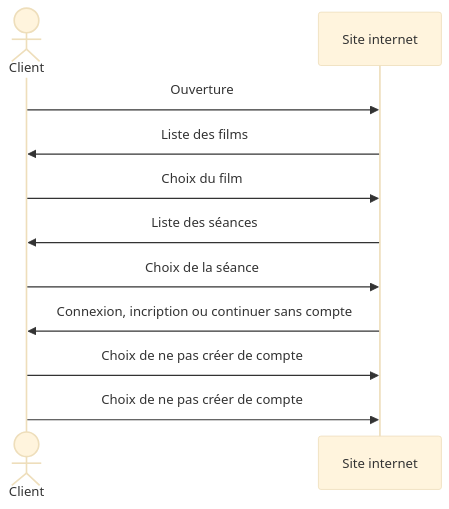
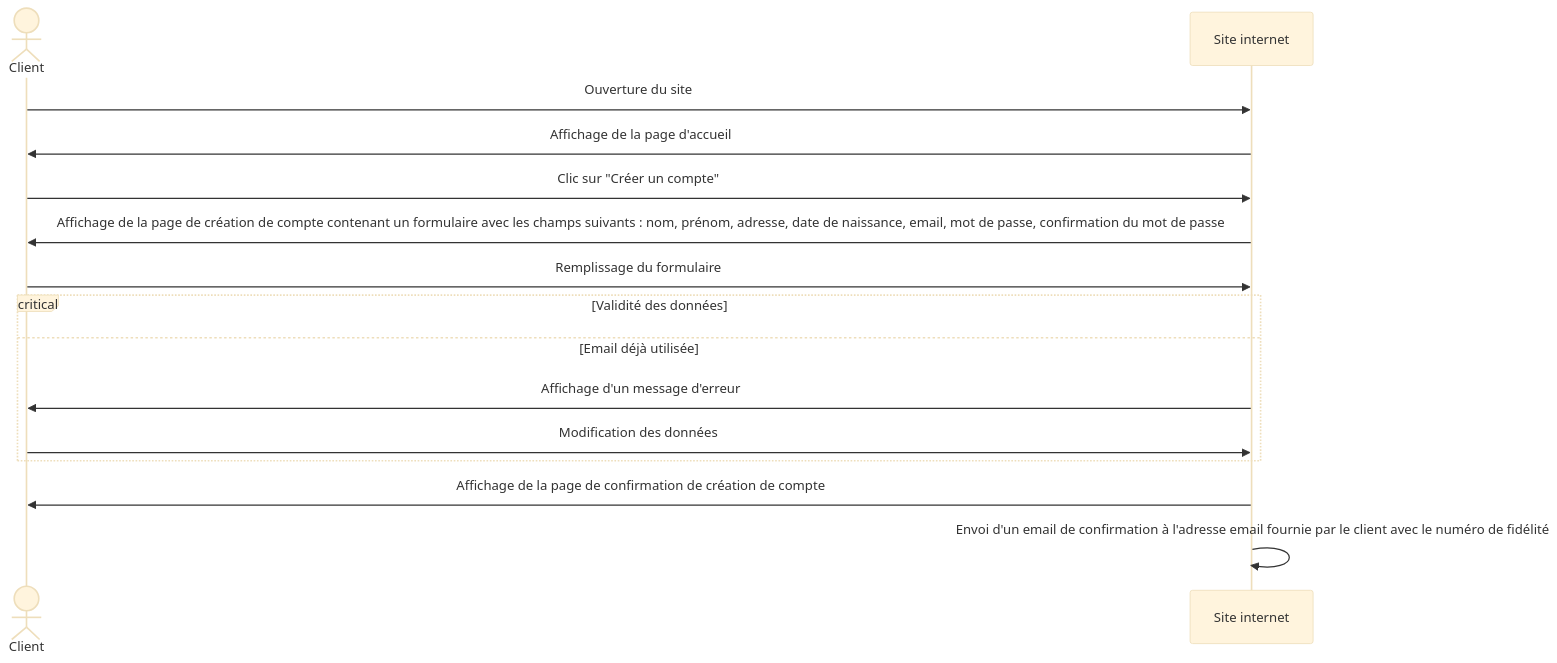
The second of 11 diagrams in Analyse fonctionnelle.md (pixselve-school/OMD-TP1), drawn with Mermaid (base theme) before and after one commit. The commit also changed other lines of this file and 6 other files, not shown here.

````diff
--- a/Analyse fonctionnelle.md
+++ b/Analyse fonctionnelle.md
@@ -36,13 +35,21 @@
 ```mermaid
 sequenceDiagram
 actor Client
-Client ->> Site internet: Ouverture
-Site internet ->> Client: Liste des films
-Client ->> Site internet: Choix du film
-Site internet ->> Client: Liste des séances
-Client ->> Site internet: Choix de la séance
-Site internet ->> Client: Connexion, incription ou continuer sans compte
-Client ->> Site internet: Choix de ne pas créer de compte
+participant Site internet
 
-Client ->> Site internet: Choix de ne pas créer de compte
+Client->>Site internet: Ouverture du site
+Site internet->>Client: Affichage de la page d'accueil
+Client->>Site internet: Clic sur "Créer un compte"
+Site internet->>Client: Affichage de la page de création de compte contenant un formulaire avec les champs suivants : nom, prénom, adresse, date de naissance, email, mot de passe, confirmation du mot de passe
+Client->>Site internet: Remplissage du formulaire
+critical Validité des données
+option Email déjà utilisée
+Site internet->>Client: Affichage d'un message d'erreur
+Client->>Site internet: Modification des données
+end
+
+Site internet->>Client: Affichage de la page de confirmation de création de compte
+
+Site internet->>Site internet: Envoi d'un email de confirmation à l'adresse email fournie par le client avec le numéro de fidélité
+
 ```
````
